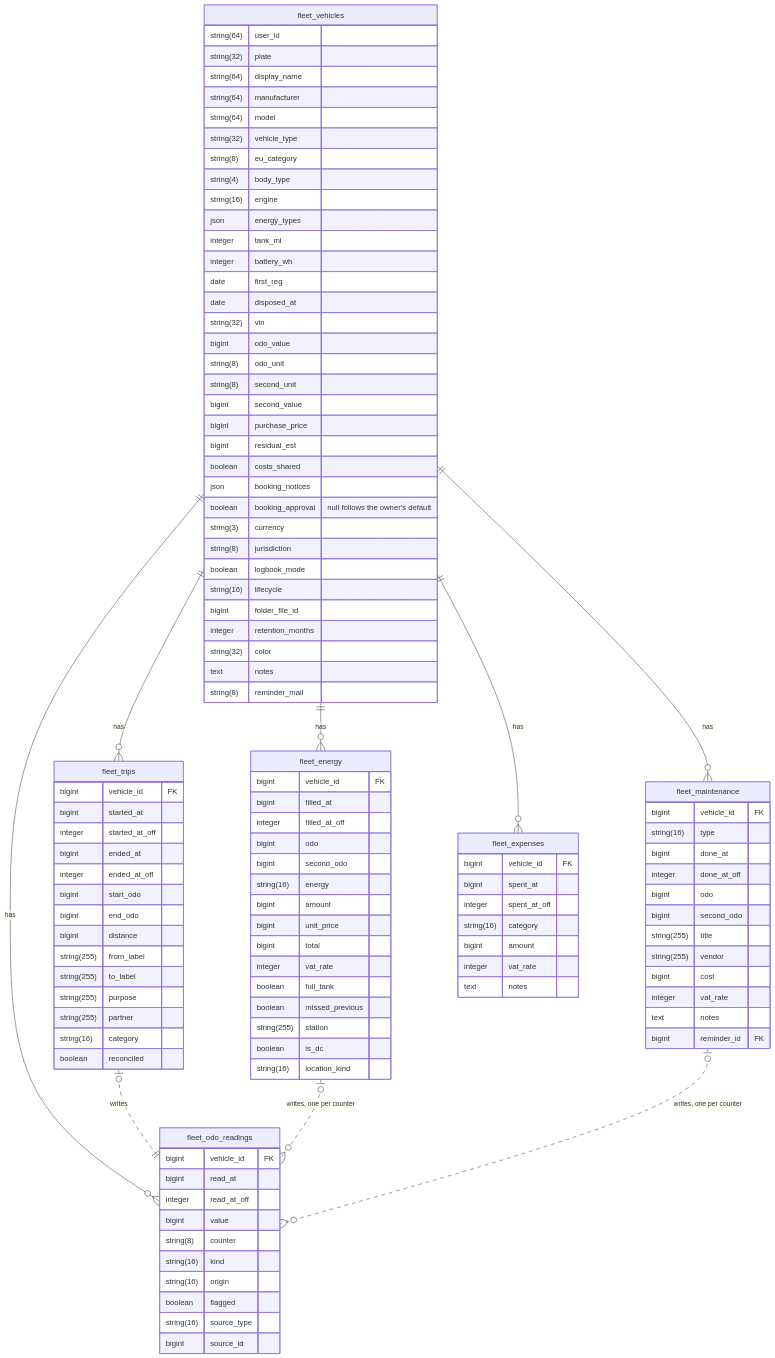
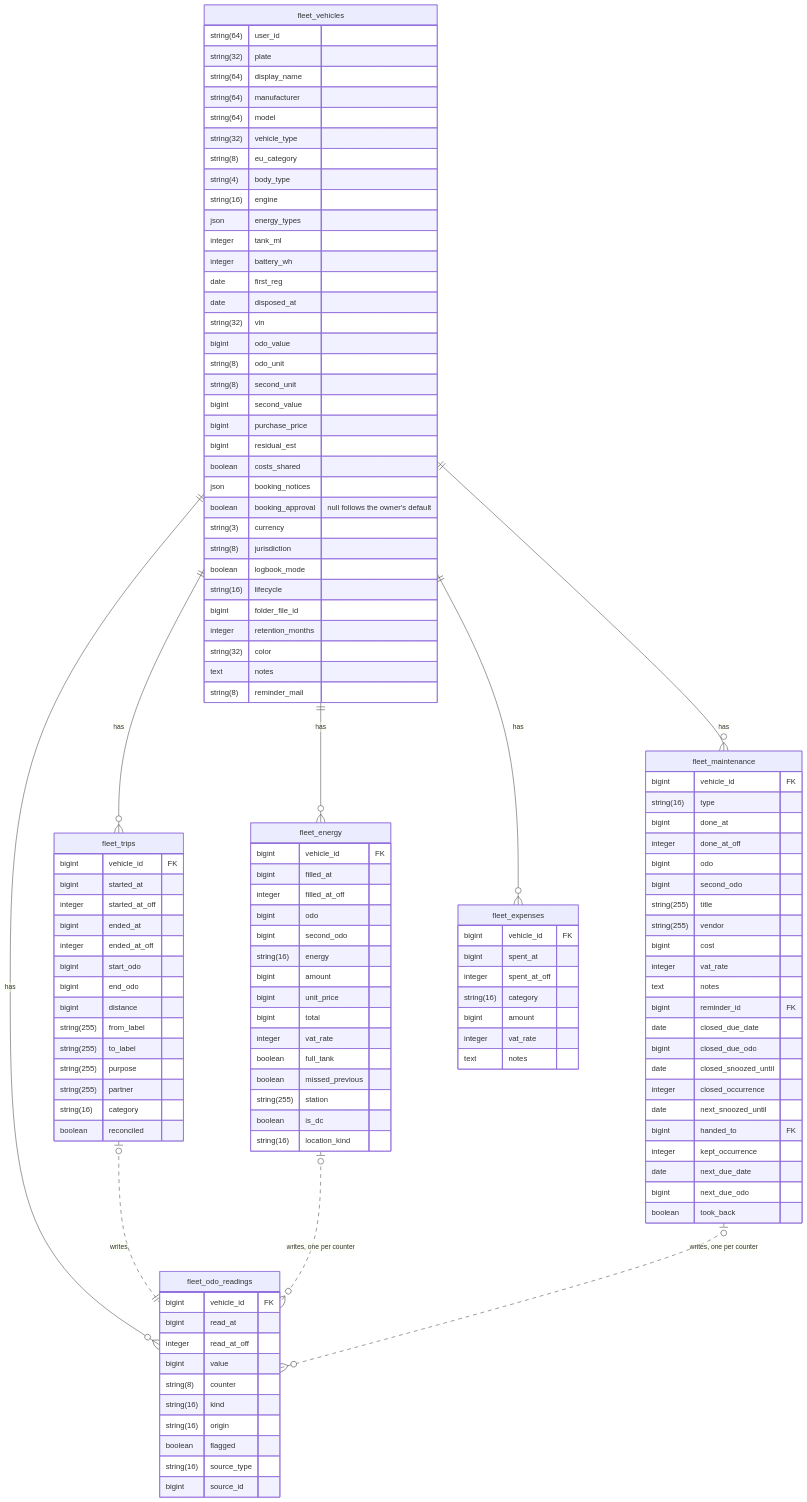
One commit to typical42/next-fleet changed the first of 5 diagrams in docs/design/data-model.md. Above: the diagram before and after it, drawn with Mermaid. The commit also changed other lines of this file and 53 other files, not shown here.

```diff
--- a/docs/design/data-model.md
+++ b/docs/design/data-model.md
@@ -122,6 +122,16 @@
         integer vat_rate
         text notes
         bigint reminder_id FK
+        date closed_due_date
+        bigint closed_due_odo
+        date closed_snoozed_until
+        integer closed_occurrence
+        date next_snoozed_until
+        bigint handed_to FK
+        integer kept_occurrence
+        date next_due_date
+        bigint next_due_odo
+        boolean took_back
     }
     fleet_expenses {
         bigint vehicle_id FK
```
